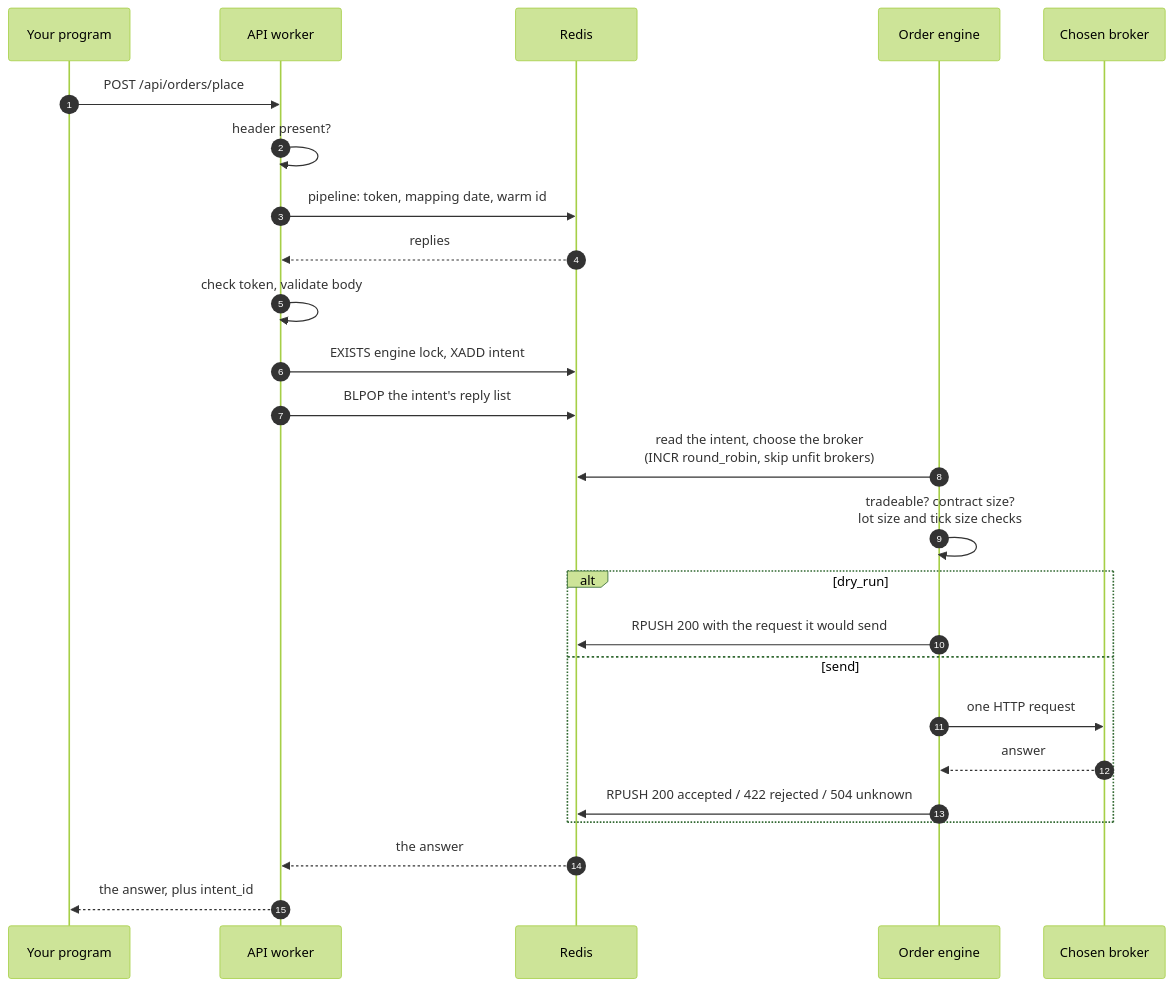
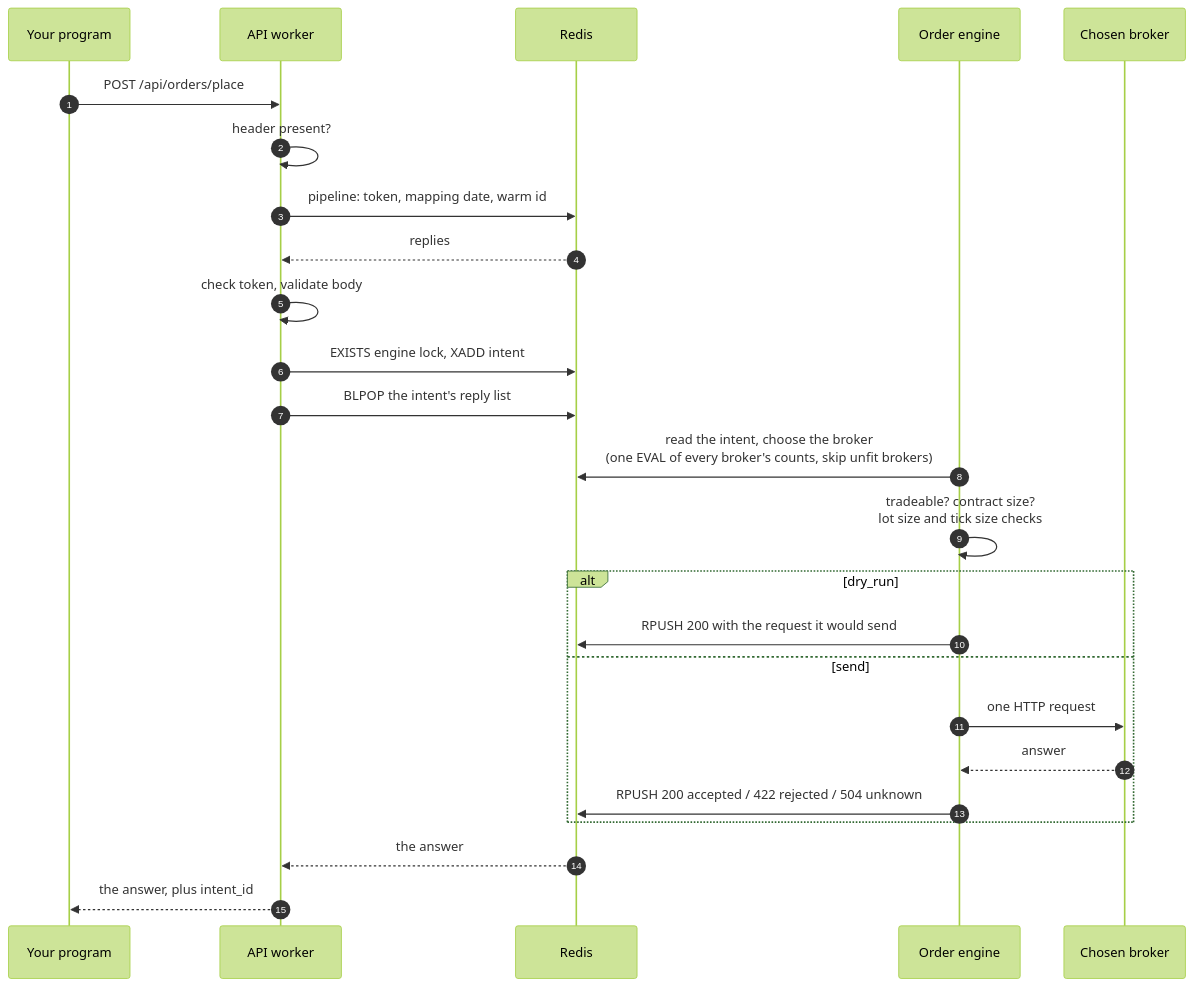
One commit to pramodathani/unified_broker_interface changed the first of 4 diagrams in docs/rest-api/orders.md. Above: the diagram before and after it, drawn with Mermaid (forest theme). The commit also changed other lines of this file and 13 other files, not shown here.

````diff
--- a/docs/rest-api/orders.md
+++ b/docs/rest-api/orders.md
@@ -559,27 +559,27 @@
 ```mermaid
 sequenceDiagram
     autonumber
     participant C as Your program
     participant A as API worker
     participant R as Redis
     participant E as Order engine
     participant B as Chosen broker
     C->>A: POST /api/orders/place
     A->>A: header present?
     A->>R: pipeline: token, mapping date, warm id
     R-->>A: replies
     A->>A: check token, validate body
     A->>R: EXISTS engine lock, XADD intent
     A->>R: BLPOP the intent's reply list
-    E->>R: read the intent, choose the broker<br/>(INCR round_robin, skip unfit brokers)
+    E->>R: read the intent, choose the broker<br/>(one EVAL of every broker's counts, skip unfit brokers)
     E->>E: tradeable? contract size?<br/>lot size and tick size checks
     alt dry_run
         E->>R: RPUSH 200 with the request it would send
     else send
         E->>B: one HTTP request
         B-->>E: answer
         E->>R: RPUSH 200 accepted / 422 rejected / 504 unknown
     end
     R-->>A: the answer
     A-->>C: the answer, plus intent_id
 ```
````
